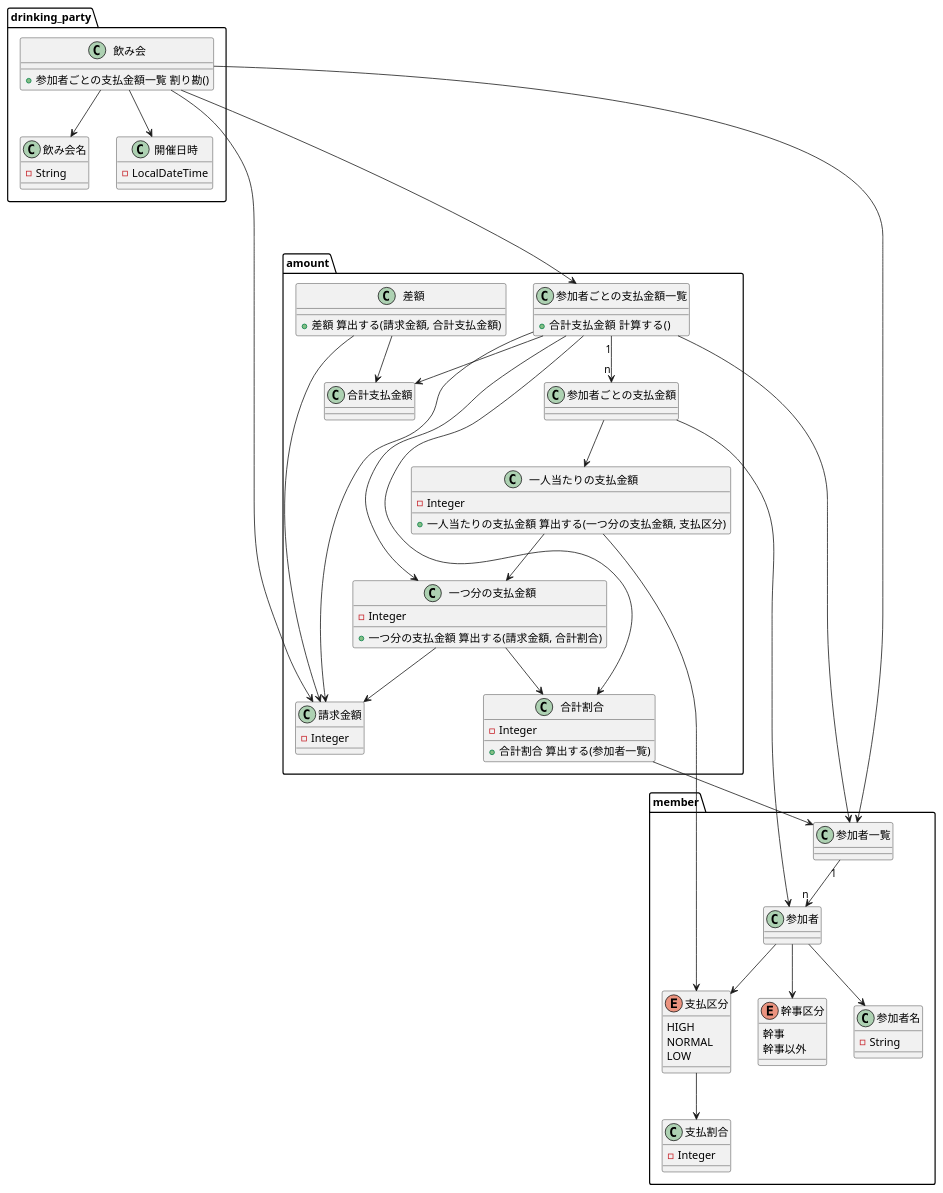
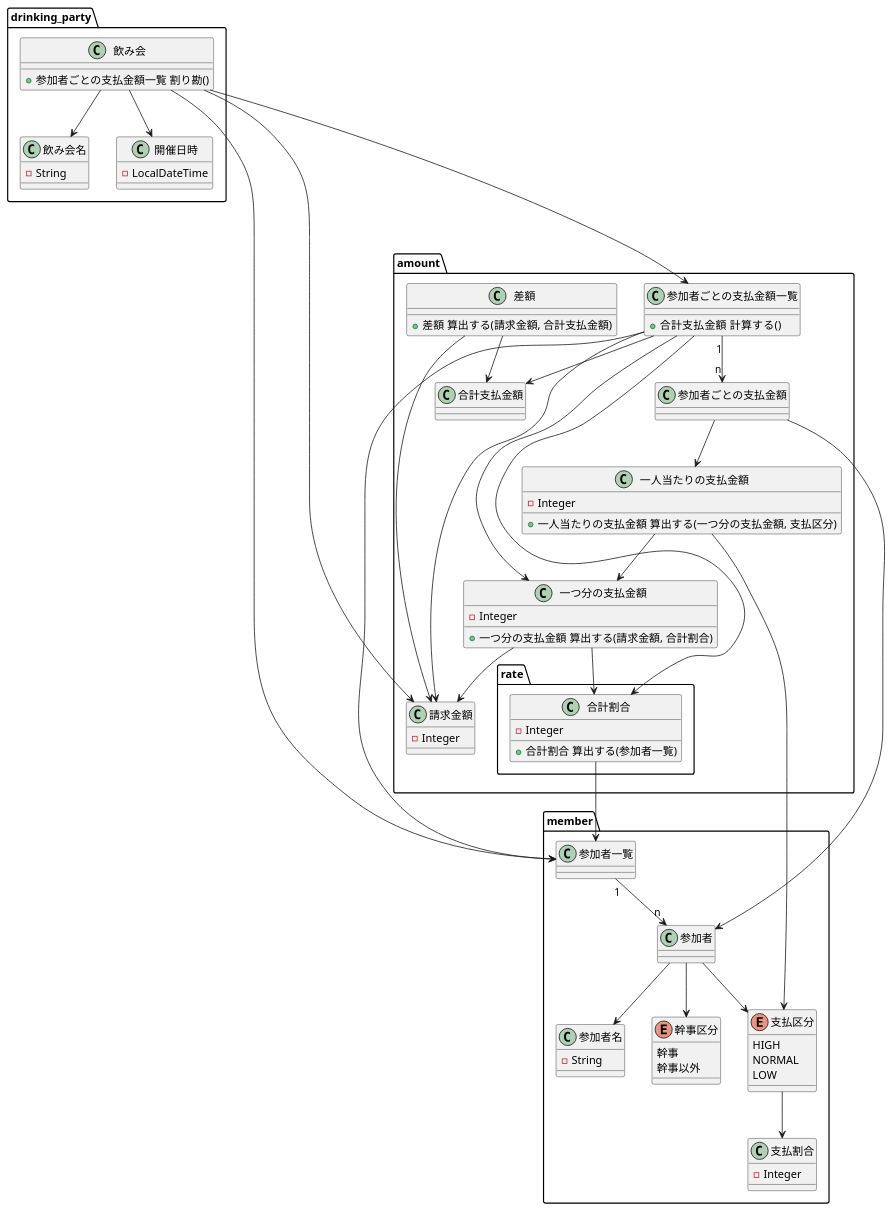
Before and after one commit to mmm00mmm/ddd-warikan: the diagram in doc/モデル３.puml, drawn with PlantUML. The commit also changed 3 other files, not shown here.

```diff
--- a/doc/モデル３.puml
+++ b/doc/モデル３.puml
@@ -1,96 +1,98 @@
 @startuml
 
 package drinking_party {
     class 飲み会 {
         + 参加者ごとの支払金額一覧 割り勘()
     }
     class 飲み会名 {
         - String
     }
     class 開催日時 {
         - LocalDateTime
     }
 
     飲み会 --> 飲み会名
     飲み会 --> 開催日時
 }
 
 package member {
     class 参加者名 {
         - String
     }
     enum 幹事区分 {
         幹事
         幹事以外
     }
     enum 支払区分 {
         HIGH
         NORMAL
         LOW
     }
     class 支払割合 {
         - Integer
     }
 
     参加者一覧 "1" --> "n" 参加者
     参加者 --> 参加者名
     参加者 --> 幹事区分
     参加者 --> 支払区分
     支払区分 --> 支払割合
 }
 
 package amount {
     class 請求金額 {
         - Integer
     }
     class 一つ分の支払金額 {
         - Integer
         + 一つ分の支払金額 算出する(請求金額, 合計割合)
     }
     class 一人当たりの支払金額 {
         - Integer
         + 一人当たりの支払金額 算出する(一つ分の支払金額, 支払区分)
     }
-    class 合計割合 {
-        - Integer
-        + 合計割合 算出する(参加者一覧)
+    package rate {
+        class 合計割合 {
+            - Integer
+            + 合計割合 算出する(参加者一覧)
+        }
     }
     class 参加者ごとの支払金額 {
     }
     class 参加者ごとの支払金額一覧 {
         + 合計支払金額  計算する()
     }
     class 合計支払金額 {
     }
     class 差額 {
         + 差額 算出する(請求金額, 合計支払金額)
     }
 
     一つ分の支払金額 --> 請求金額
     参加者ごとの支払金額 --> 一人当たりの支払金額
     参加者ごとの支払金額一覧 "1" --> "n" 参加者ごとの支払金額
     参加者ごとの支払金額一覧 --> 合計支払金額
     差額 --> 請求金額
     差額 --> 合計支払金額
 }
 
 飲み会 --> 請求金額
 飲み会 ----> 参加者ごとの支払金額一覧
 飲み会 --> 参加者一覧
 
 一つ分の支払金額 --> 合計割合
 合計割合 --> 参加者一覧
 
 参加者ごとの支払金額一覧 --> 参加者一覧
 参加者ごとの支払金額一覧 --> 請求金額
 参加者ごとの支払金額一覧 --> 一つ分の支払金額
 参加者ごとの支払金額一覧 --> 合計割合
 
 
 
 一人当たりの支払金額 --> 一つ分の支払金額
 一人当たりの支払金額 --> 支払区分
 
 参加者ごとの支払金額 --> 参加者
 
 @enduml
```
